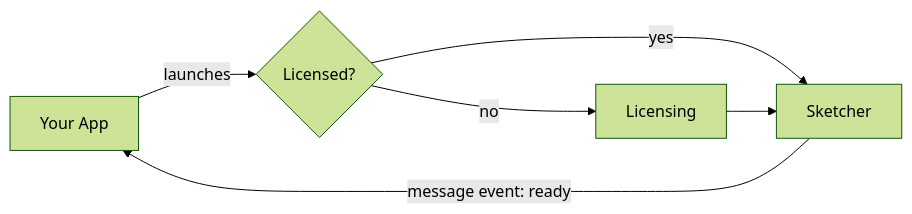
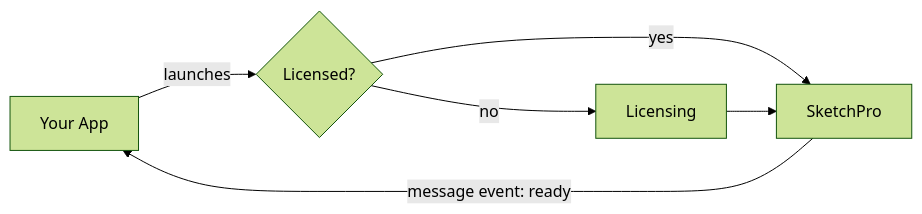
One commit to woolpert-digital-innovations/sketcher-sdk changed the second of 15 diagrams in docs/integration-guide.md. Above: the diagram before and after it, drawn with Mermaid (forest theme). The commit also changed other lines of this file and 4 other files, not shown here.

````diff
--- a/docs/integration-guide.md
+++ b/docs/integration-guide.md
@@ -52,8 +52,8 @@
 ```mermaid
 graph LR;
     app[Your App]-- launches -->auth{Licensed?};
-    sa[Sketcher]-- message event: ready -->app;
+    sa[SketchPro]-- message event: ready -->app;
     auth-- yes -->sa;
     auth-- no -->lisc[Licensing];
     lisc-->sa;
 ```
````
